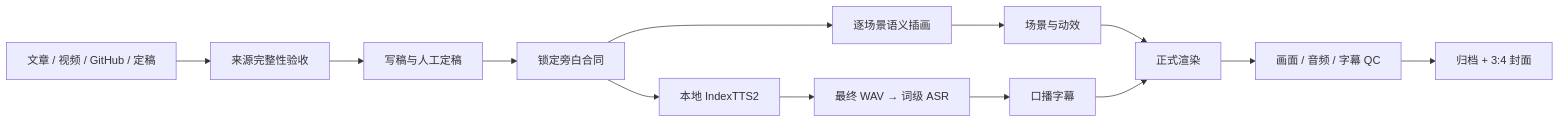
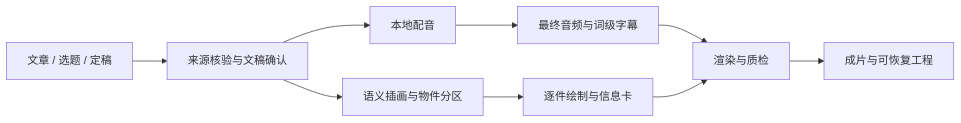
The diagram in README.md (kaiteJiang/BoomEarth), drawn with Mermaid before and after one commit. The commit also changed other lines of this file and 37 other files, not shown here.

````diff
--- a/README.md
+++ b/README.md
@@ -46,15 +66,11 @@
 ```mermaid
 flowchart LR
-    A[文章 / 视频 / GitHub / 定稿] --> B[来源完整性验收]
-    B --> C[写稿与人工定稿]
-    C --> D[锁定旁白合同]
-    D --> E[逐场景语义插画]
-    D --> F[本地 IndexTTS2]
-    E --> G[场景与动效]
-    F --> H[最终 WAV → 词级 ASR]
-    H --> I[口播字幕]
-    G --> J[正式渲染]
-    I --> J
-    J --> K[画面 / 音频 / 字幕 QC]
-    K --> L[归档 + 3:4 封面]
+    A[文章 / 选题 / 定稿] --> B[来源核验与文稿确认]
+    B --> C[本地配音]
+    B --> D[语义插画与物件分区]
+    C --> E[最终音频与词级字幕]
+    D --> F[逐件绘制与信息卡]
+    E --> G[渲染与质检]
+    F --> G
+    G --> H[成片与可恢复工程]
 ```
````
